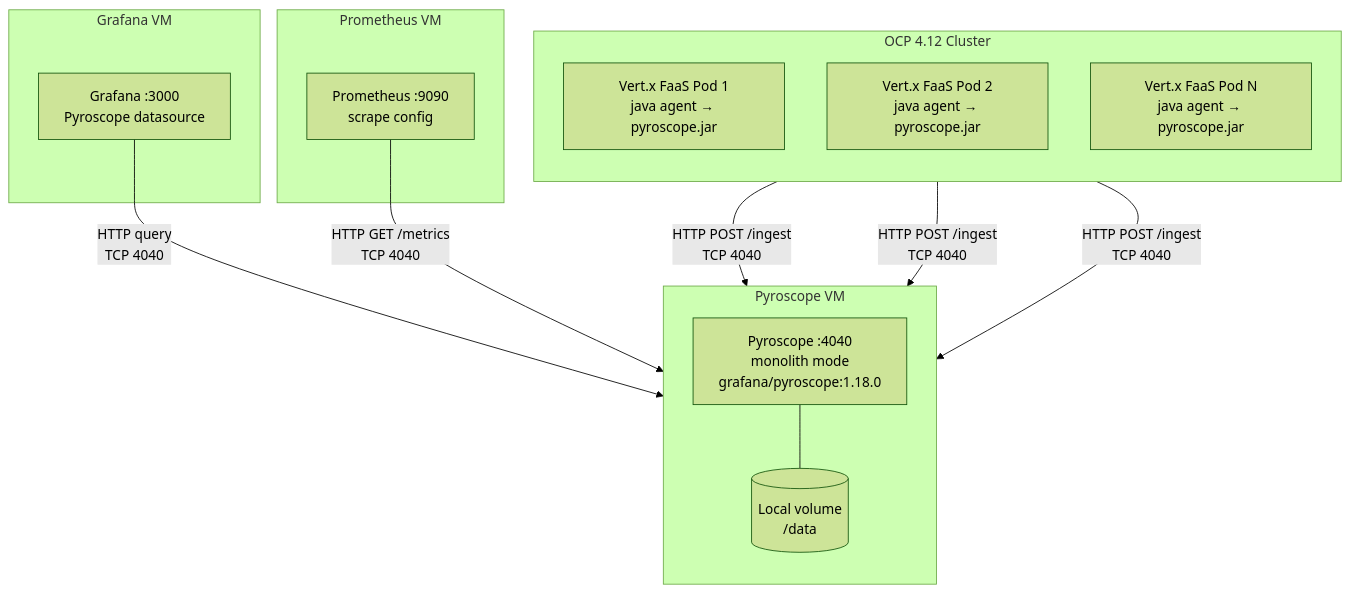
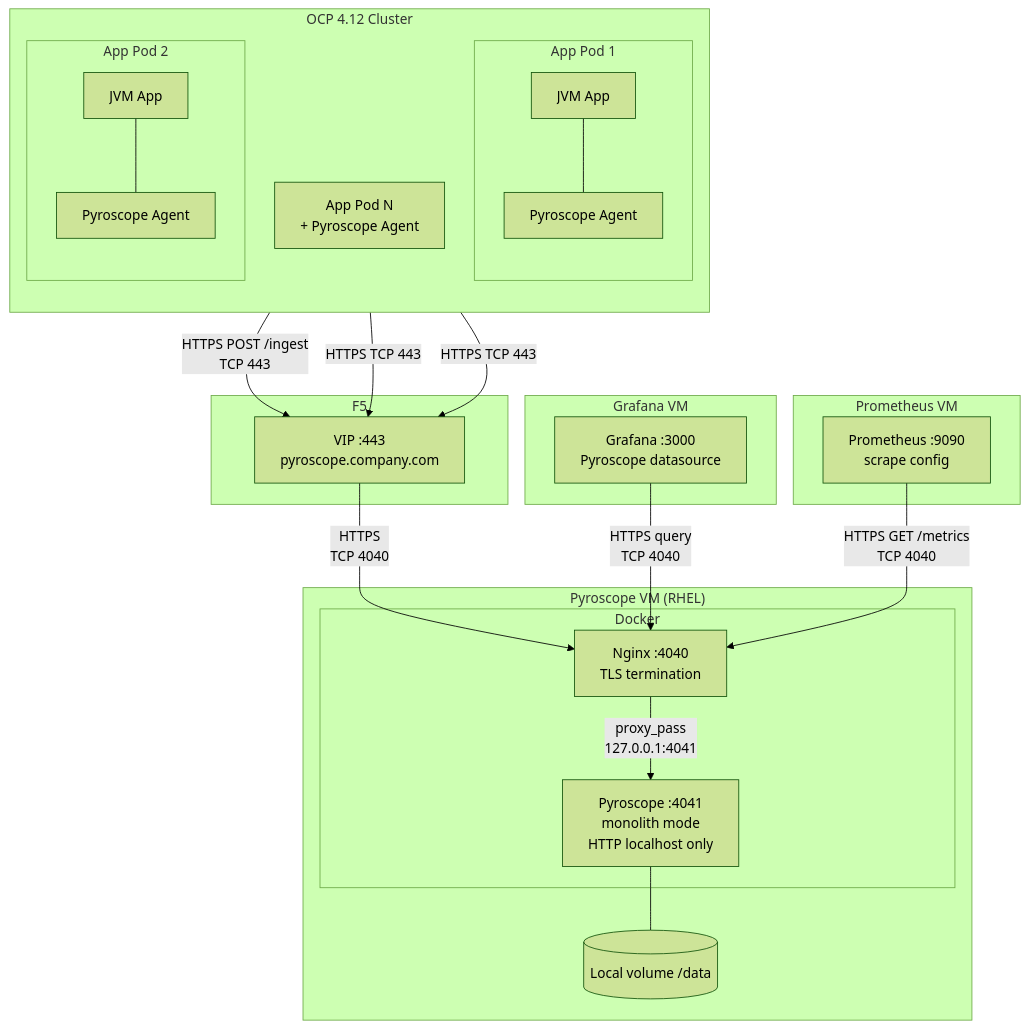
The second of 10 diagrams in docs/architecture.md (aff0gat000/pyroscope), drawn with Mermaid (forest theme) before and after one commit. The commit also changed other lines of this file and 9 other files, not shown here.

````diff
--- a/docs/architecture.md
+++ b/docs/architecture.md
@@ -107,31 +109,47 @@
 ```mermaid
 graph TB
     subgraph "OCP 4.12 Cluster"
         direction TB
-        FaaS1["Vert.x FaaS Pod 1<br/>java agent → pyroscope.jar"]
-        FaaS2["Vert.x FaaS Pod 2<br/>java agent → pyroscope.jar"]
-        FaaSN["Vert.x FaaS Pod N<br/>java agent → pyroscope.jar"]
+        subgraph "App Pod 1"
+            JVM1["JVM App"]
+            PA1["Pyroscope Agent"]
+            JVM1 --- PA1
+        end
+        subgraph "App Pod 2"
+            JVM2["JVM App"]
+            PA2["Pyroscope Agent"]
+            JVM2 --- PA2
+        end
+        PodN["App Pod N<br/>+ Pyroscope Agent"]
     end
 
-    subgraph "Pyroscope VM"
-        direction TB
-        Pyro["Pyroscope :4040<br/>monolith mode<br/>grafana/pyroscope:1.18.0"]
-        Vol[("Local volume<br/>/data")]
+    subgraph "F5"
+        VIP["VIP :443<br/>pyroscope.company.com"]
+    end
+
+    subgraph "Pyroscope VM (RHEL)"
+        subgraph "Docker"
+            Nginx["Nginx :4040<br/>TLS termination"]
+            Pyro["Pyroscope :4041<br/>monolith mode<br/>HTTP localhost only"]
+        end
+        Vol[("Local volume /data")]
+        Nginx -->|"proxy_pass<br/>127.0.0.1:4041"| Pyro
         Pyro --- Vol
     end
 
     subgraph "Grafana VM"
         Grafana["Grafana :3000<br/>Pyroscope datasource"]
     end
 
     subgraph "Prometheus VM"
         Prom["Prometheus :9090<br/>scrape config"]
     end
 
-    FaaS1 -->|"HTTP POST /ingest<br/>TCP 4040"| Pyro
-    FaaS2 -->|"HTTP POST /ingest<br/>TCP 4040"| Pyro
-    FaaSN -->|"HTTP POST /ingest<br/>TCP 4040"| Pyro
+    PA1 -->|"HTTPS POST /ingest<br/>TCP 443"| VIP
+    PA2 -->|"HTTPS TCP 443"| VIP
+    PodN -->|"HTTPS TCP 443"| VIP
+    VIP -->|"HTTPS<br/>TCP 4040"| Nginx
 
-    Grafana -->|"HTTP query<br/>TCP 4040"| Pyro
-    Prom -->|"HTTP GET /metrics<br/>TCP 4040"| Pyro
+    Grafana -->|"HTTPS query<br/>TCP 4040"| Nginx
+    Prom -->|"HTTPS GET /metrics<br/>TCP 4040"| Nginx
 ```
````
